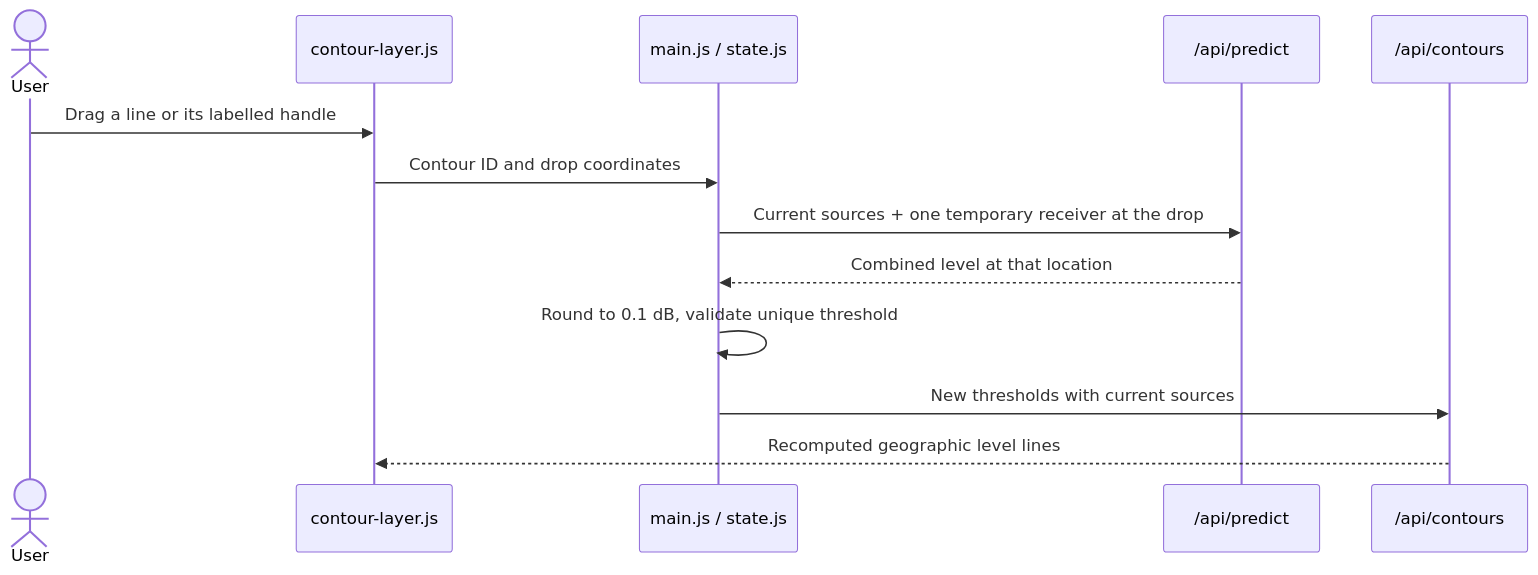
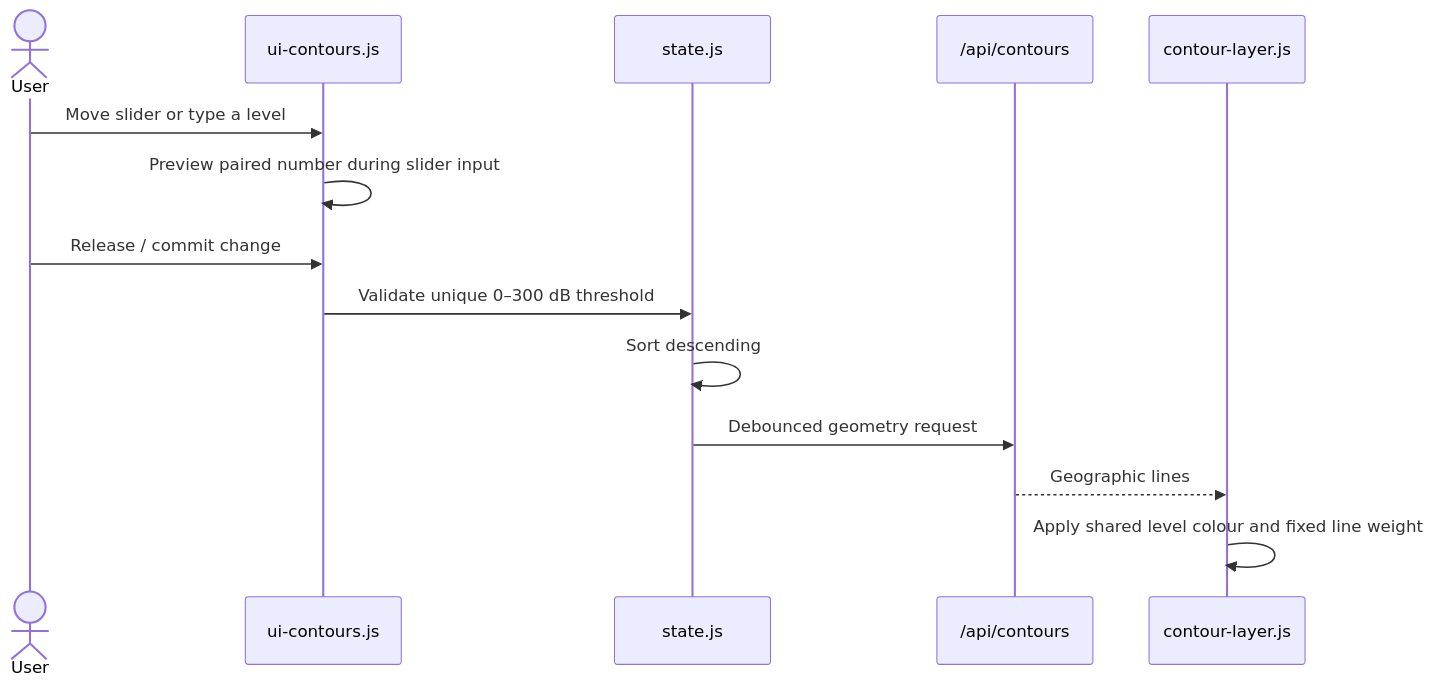
The second of 2 diagrams in ARCHITECURE.md (Jakespitteler/Sound-Model), drawn with Mermaid before and after one commit. The commit also changed other lines of this file and 5 other files, not shown here.

````diff
--- a/ARCHITECURE.md
+++ b/ARCHITECURE.md
@@ -123,15 +130,16 @@
 ```mermaid
 sequenceDiagram
     actor User
+    participant UI as ui-contours.js
+    participant State as state.js
+    participant API as /api/contours
     participant Map as contour-layer.js
-    participant UI as main.js / state.js
-    participant API as /api/predict
-    participant Contours as /api/contours
-    User->>Map: Drag a line or its labelled handle
-    Map->>UI: Contour ID and drop coordinates
-    UI->>API: Current sources + one temporary receiver at the drop
-    API-->>UI: Combined level at that location
-    UI->>UI: Round to 0.1 dB, validate unique threshold
-    UI->>Contours: New thresholds with current sources
-    Contours-->>Map: Recomputed geographic level lines
+    User->>UI: Move slider or type a level
+    UI->>UI: Preview paired number during slider input
+    User->>UI: Release / commit change
+    UI->>State: Validate unique 0–300 dB threshold
+    State->>State: Sort descending
+    State->>API: Debounced geometry request
+    API-->>Map: Geographic lines
+    Map->>Map: Apply shared level colour and fixed line weight
 ```
````
